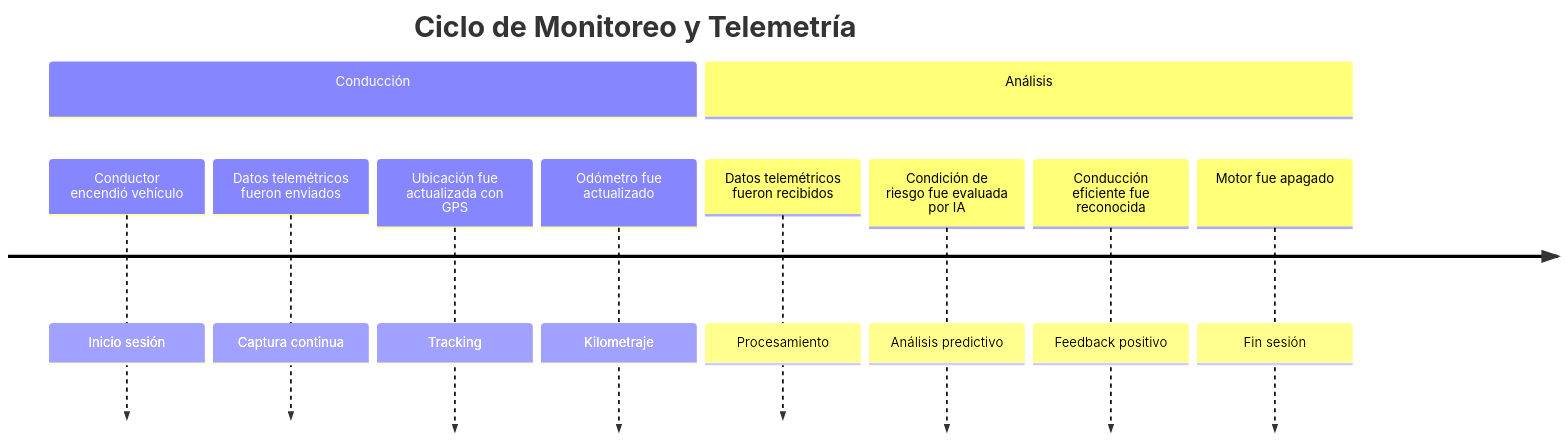
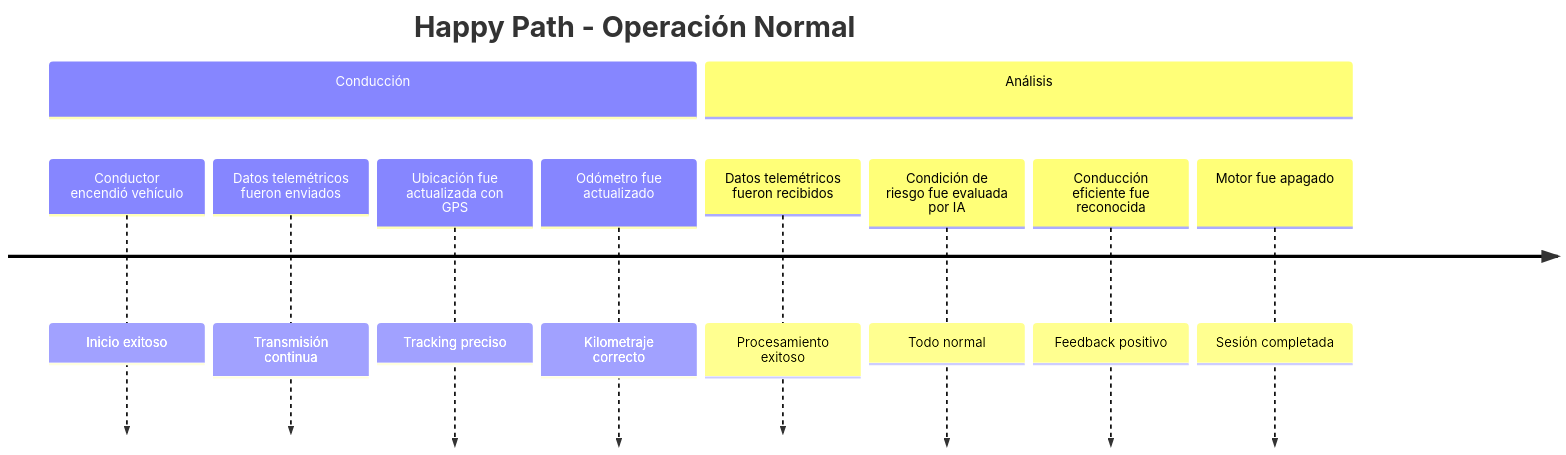
Before and after one commit to JanoverSaldana/arbol-decisiones-tracker-mobility: the fifth of 13 diagrams in eventstorming-step2-timeline-organization.md, drawn with Mermaid. The commit also changed other lines of this file, not shown here.

````diff
--- a/eventstorming-step2-timeline-organization.md
+++ b/eventstorming-step2-timeline-organization.md
@@ -76,16 +171,16 @@
 ```mermaid
 timeline
-    title Ciclo de Monitoreo y Telemetría
+    title Happy Path - Operación Normal
     
     section Conducción
-        Conductor encendió vehículo : Inicio sesión
-        Datos telemétricos fueron enviados : Captura continua
-        Ubicación fue actualizada con GPS : Tracking
-        Odómetro fue actualizado : Kilometraje
+        Conductor encendió vehículo : Inicio exitoso
+        Datos telemétricos fueron enviados : Transmisión continua
+        Ubicación fue actualizada con GPS : Tracking preciso
+        Odómetro fue actualizado : Kilometraje correcto
         
     section Análisis
-        Datos telemétricos fueron recibidos : Procesamiento
-        Condición de riesgo fue evaluada por IA : Análisis predictivo
+        Datos telemétricos fueron recibidos : Procesamiento exitoso
+        Condición de riesgo fue evaluada por IA : Todo normal
         Conducción eficiente fue reconocida : Feedback positivo
-        Motor fue apagado : Fin sesión
+        Motor fue apagado : Sesión completada
 ```
````
